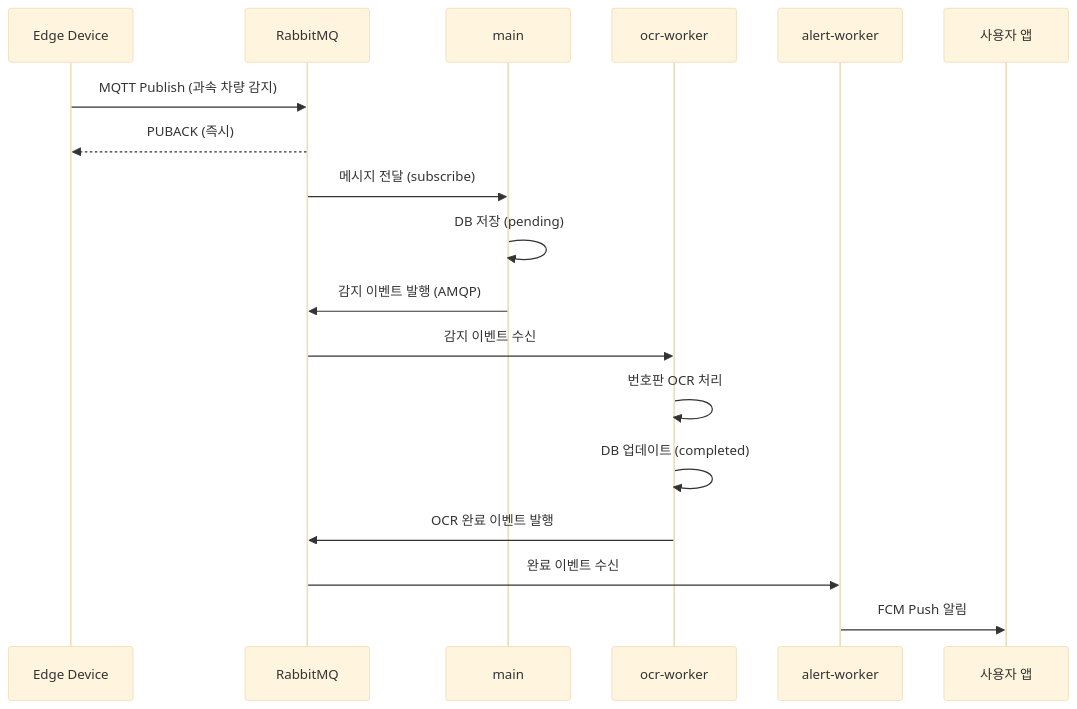
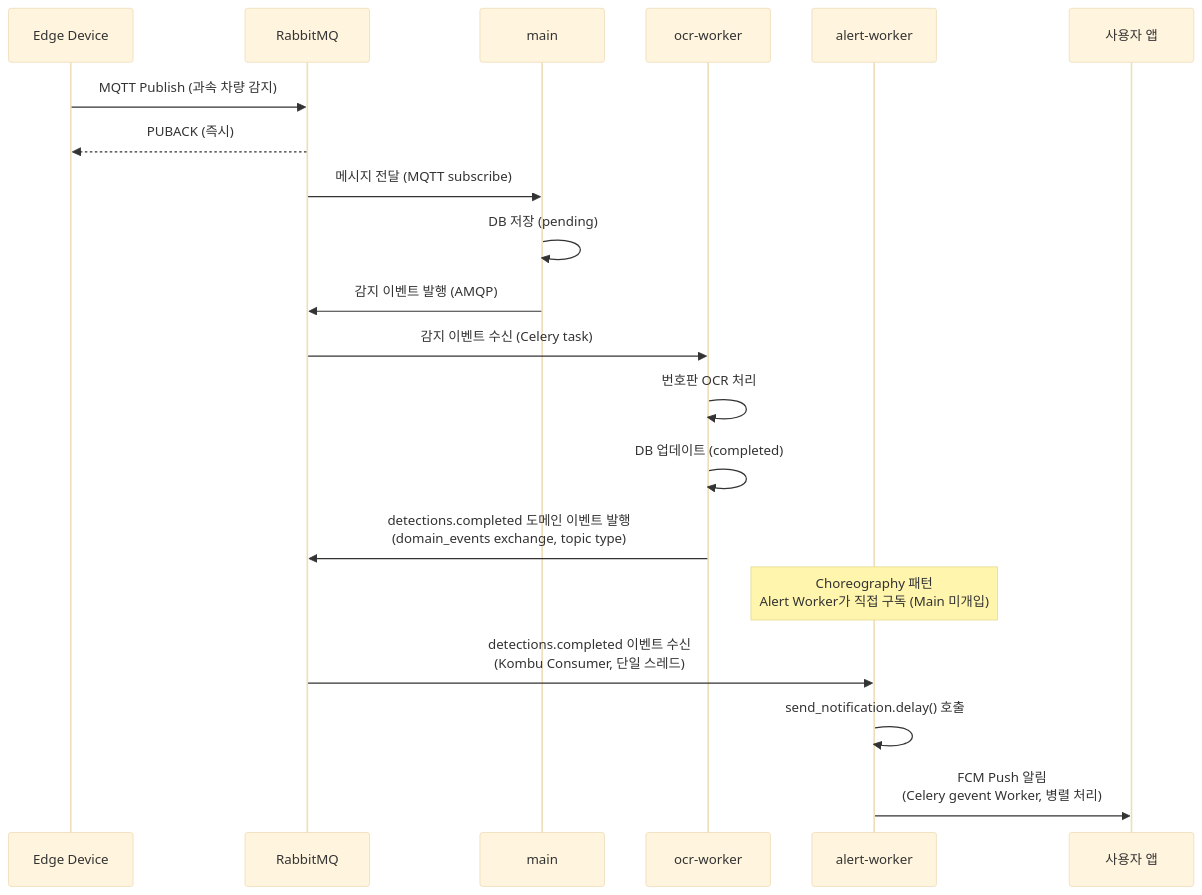
Diagram 12 of 12 in docs/ARCHITECTURE_COMPARISON.md (Qualcom-Capstone/backend), drawn with Mermaid (base theme) before and after one commit. The commit also changed other lines of this file and 7 other files, not shown here.

````diff
--- a/docs/ARCHITECTURE_COMPARISON.md
+++ b/docs/ARCHITECTURE_COMPARISON.md
@@ -406,23 +406,25 @@
 ```mermaid
 sequenceDiagram
     participant Edge as Edge Device
     participant RMQ as RabbitMQ
     participant Main as main
     participant OCR as ocr-worker
     participant Alert as alert-worker
     participant User as 사용자 앱
 
     Edge->>RMQ: MQTT Publish (과속 차량 감지)
     RMQ-->>Edge: PUBACK (즉시)
-    RMQ->>Main: 메시지 전달 (subscribe)
+    RMQ->>Main: 메시지 전달 (MQTT subscribe)
     Main->>Main: DB 저장 (pending)
     Main->>RMQ: 감지 이벤트 발행 (AMQP)
 
-    RMQ->>OCR: 감지 이벤트 수신
+    RMQ->>OCR: 감지 이벤트 수신 (Celery task)
     OCR->>OCR: 번호판 OCR 처리
     OCR->>OCR: DB 업데이트 (completed)
-    OCR->>RMQ: OCR 완료 이벤트 발행
+    OCR->>RMQ: detections.completed 도메인 이벤트 발행<br/>(domain_events exchange, topic type)
 
-    RMQ->>Alert: 완료 이벤트 수신
-    Alert->>User: FCM Push 알림
+    Note over Alert: Choreography 패턴<br/>Alert Worker가 직접 구독 (Main 미개입)
+    RMQ->>Alert: detections.completed 이벤트 수신<br/>(Kombu Consumer, 단일 스레드)
+    Alert->>Alert: send_notification.delay() 호출
+    Alert->>User: FCM Push 알림<br/>(Celery gevent Worker, 병렬 처리)
 ```
````
